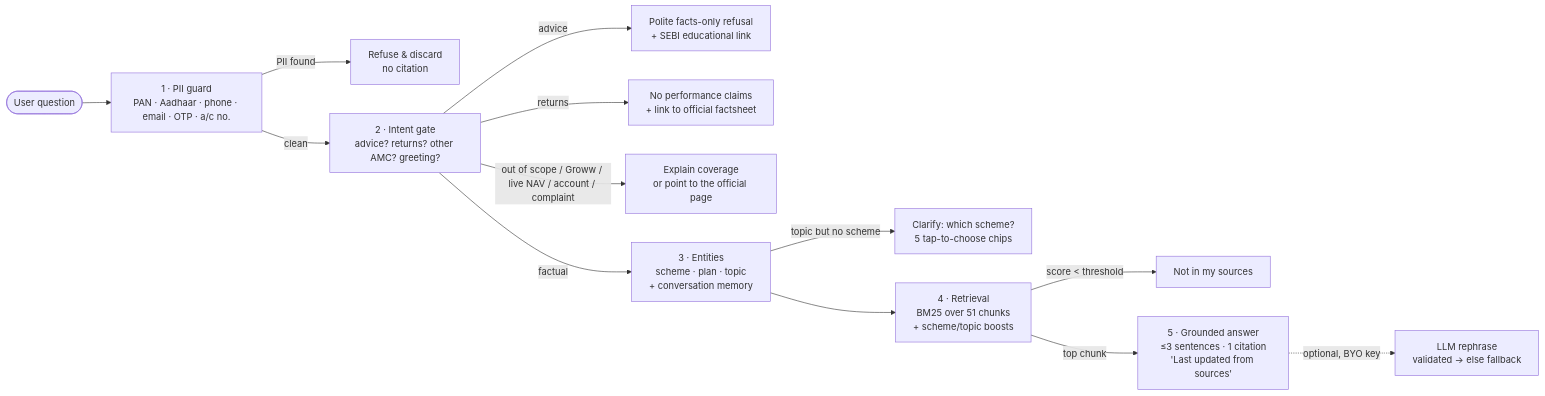
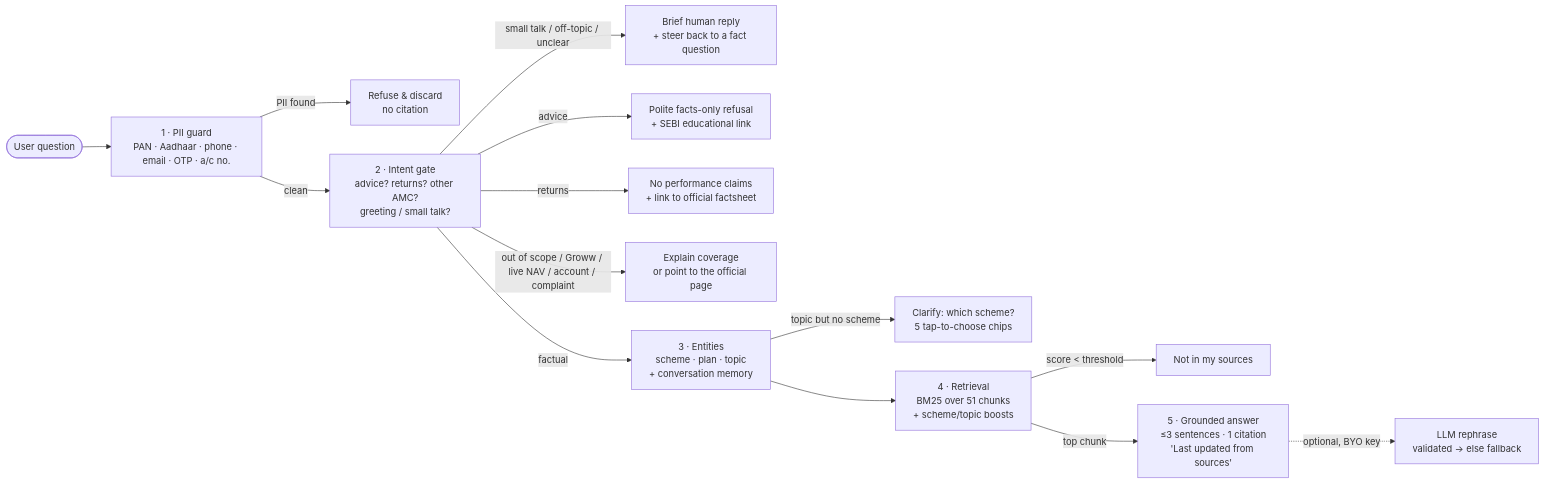
Before and after one commit to jaytech3/pramaan: the diagram in README.md, drawn with Mermaid. The commit also changed other lines of this file, not shown here.

First line of the commit message:
Revise README for evaluation cDocument small-talk handling in pipeline, guardrails and known limitsases and small talk updates

````diff
--- a/README.md
+++ b/README.md
@@ -39,15 +39,16 @@
 ```mermaid
 flowchart LR
     U([User question]) --> P[1 · PII guard<br/>PAN · Aadhaar · phone · email · OTP · a/c no.]
     P -- PII found --> R1[Refuse & discard<br/>no citation]
-    P -- clean --> I[2 · Intent gate<br/>advice? returns? other AMC? greeting?]
+    P -- clean --> I[2 · Intent gate<br/>advice? returns? other AMC?<br/>greeting / small talk?]
+    I -- small talk / off-topic / unclear --> R0[Brief human reply<br/>+ steer back to a fact question]
     I -- advice --> R2[Polite facts-only refusal<br/>+ SEBI educational link]
     I -- returns --> R3[No performance claims<br/>+ link to official factsheet]
     I -- out of scope / Groww / live NAV / account / complaint --> R4[Explain coverage<br/>or point to the official page]
     I -- factual --> E[3 · Entities<br/>scheme · plan · topic<br/>+ conversation memory]
     E -- topic but no scheme --> C[Clarify: which scheme?<br/>5 tap-to-choose chips]
     E --> RT[4 · Retrieval<br/>BM25 over 51 chunks<br/>+ scheme/topic boosts]
     RT -- score < threshold --> R5[Not in my sources]
     RT -- top chunk --> A[5 · Grounded answer<br/>≤3 sentences · 1 citation<br/>'Last updated from sources']
     A -. optional, BYO key .-> L[LLM rephrase<br/>validated → else fallback]
 ```
````
